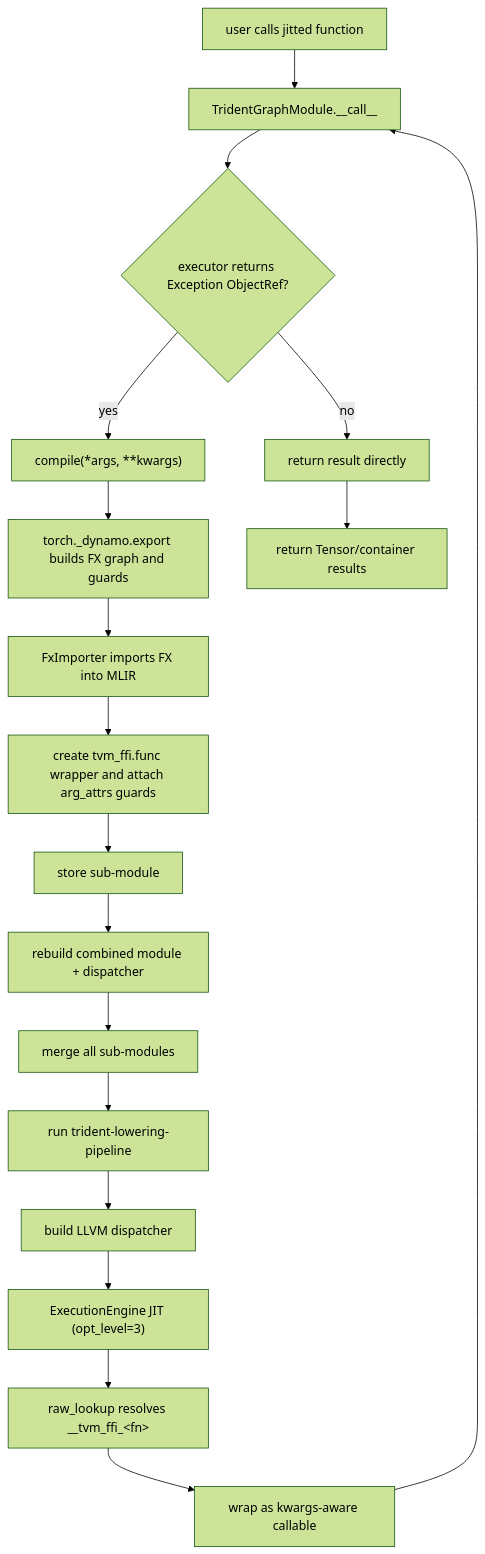
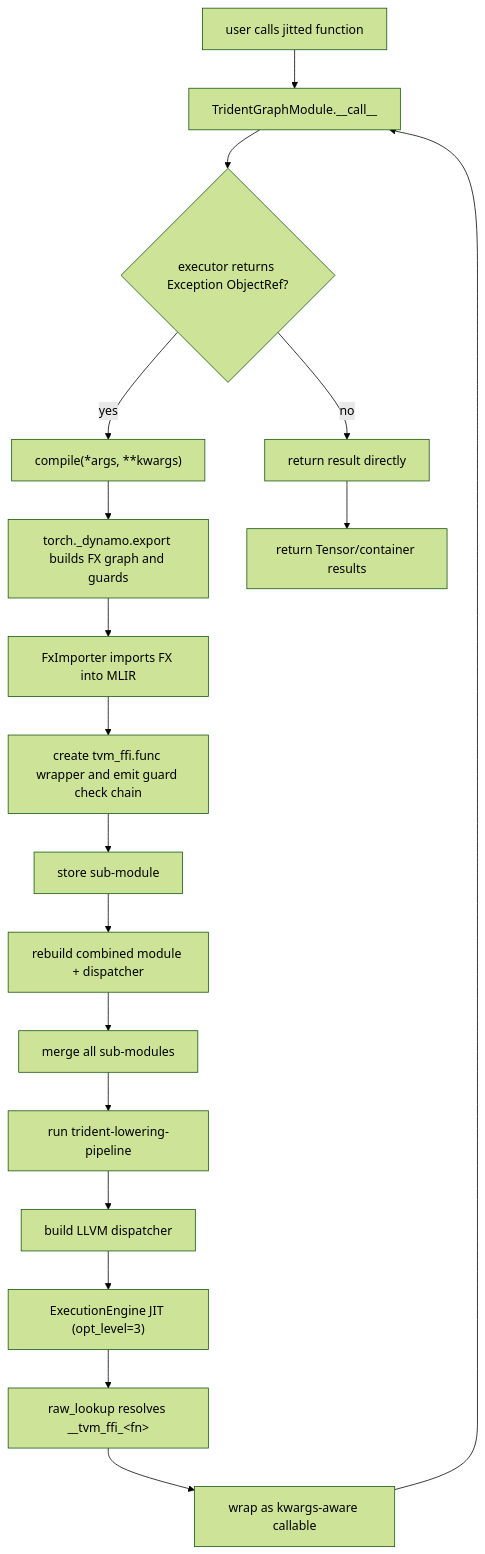
The second of 2 diagrams in docs/Architecture.md (sgjzfzzf/Trident), drawn with Mermaid (forest theme) before and after one commit. The commit also changed other lines of this file and 81 other files, not shown here.

Commit message:
feat(core): lower Dynamo guards into TVM FFI wrapper IR

````diff
--- a/docs/Architecture.md
+++ b/docs/Architecture.md
@@ -55,20 +55,20 @@
 ```mermaid
 flowchart TD
   A["user calls jitted function"] --> B["TridentGraphModule.__call__"]
   B --> C{"executor returns Exception ObjectRef?"}
   C -- "no" --> D["return result directly"]
   C -- "yes" --> E["compile(*args, **kwargs)"]
   E --> F["torch._dynamo.export builds FX graph and guards"]
   F --> G["FxImporter imports FX into MLIR"]
-  G --> H["create tvm_ffi.func wrapper and attach arg_attrs guards"]
+  G --> H["create tvm_ffi.func wrapper and emit guard check chain"]
   H --> I["store sub-module"]
   I --> J["rebuild combined module + dispatcher"]
   J --> K["merge all sub-modules"]
   K --> L["run trident-lowering-pipeline"]
   L --> M["build LLVM dispatcher"]
   M --> N["ExecutionEngine JIT (opt_level=3)"]
   N --> O["raw_lookup resolves __tvm_ffi_&lt;fn&gt;"]
   O --> P["wrap as kwargs-aware callable"]
   P --> B
   D --> Q["return Tensor/container results"]
 ```
````
